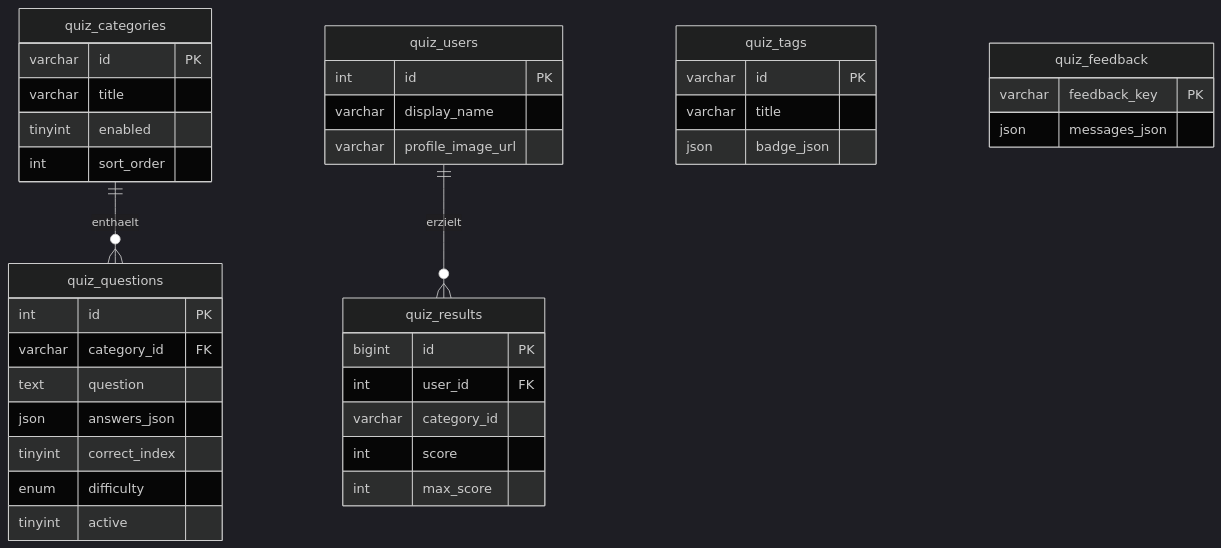
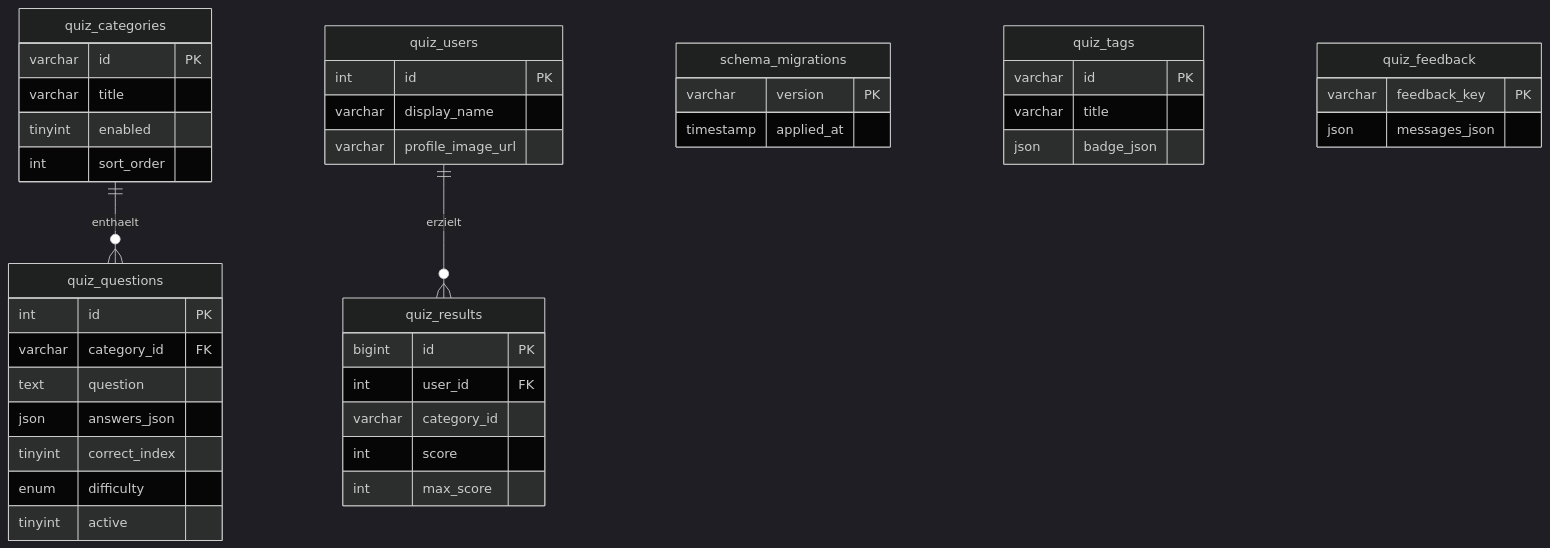
Before and after one commit to MatzeD84/quiz-hero: the diagram in Readme.md, drawn with Mermaid (dark theme). The commit also changed other lines of this file and 5 other files, not shown here.

````diff
--- a/Readme.md
+++ b/Readme.md
@@ -22,47 +22,52 @@
 ```mermaid
 erDiagram
     quiz_categories ||--o{ quiz_questions : "enthaelt"
     quiz_users ||--o{ quiz_results : "erzielt"
+
+    schema_migrations {
+        varchar version PK
+        timestamp applied_at
+    }
 
     quiz_categories {
         varchar id PK
         varchar title
         tinyint enabled
         int sort_order
     }
 
     quiz_questions {
         int id PK
         varchar category_id FK
         text question
         json answers_json
         tinyint correct_index
         enum difficulty
         tinyint active
     }
 
     quiz_tags {
         varchar id PK
         varchar title
         json badge_json
     }
 
     quiz_feedback {
         varchar feedback_key PK
         json messages_json
     }
 
     quiz_users {
         int id PK
         varchar display_name
         varchar profile_image_url
     }
 
     quiz_results {
         bigint id PK
         int user_id FK
         varchar category_id
         int score
         int max_score
     }
 ```
````
